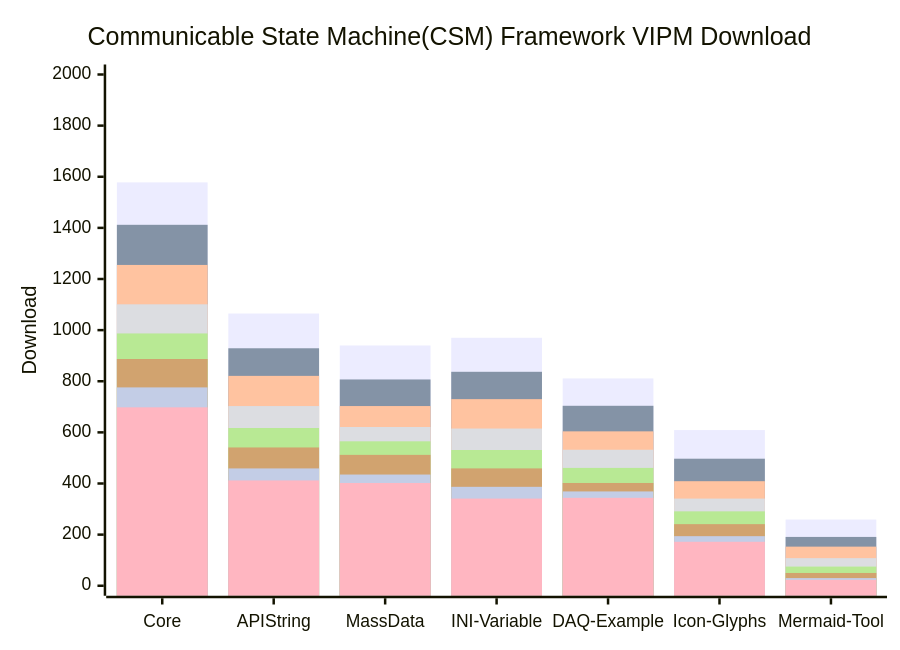
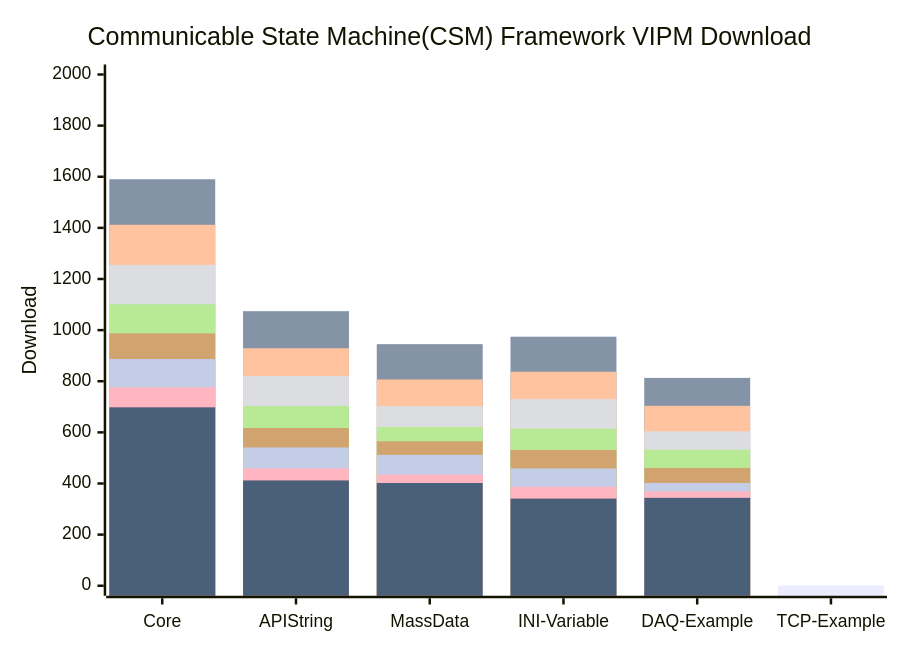
The diagram in profile/README.md (NEVSTOP-LAB/.github), drawn with Mermaid before and after one commit. The commit also changed other lines of this file, not shown here.

````diff
--- a/profile/README.md
+++ b/profile/README.md
@@ -32,14 +32,15 @@
 ```mermaid
     xychart-beta
     title "Communicable State Machine(CSM) Framework VIPM Download"
-    x-axis [Core, API String, MassData, INI-Variable, DAQ-Example, Icon-Glyphs, Mermaid-Tool]
+    x-axis [Core, API String, MassData, INI-Variable, DAQ-Example, TCP-Example]
     y-axis "Download" 0 --> 2000
-    bar   [1578, 1065, 940, 970, 811, 609, 259]
-    bar   [1412, 929, 807, 837, 704, 497, 191]
-    bar   [1255, 821, 703, 730, 604, 409, 153]
-    bar   [1101, 703, 621, 615, 532, 341, 108]
-    bar   [987, 617, 565, 531, 461, 291, 75]
-    bar   [887, 541, 512, 459, 402, 241, 50]
-    bar   [776, 459, 435, 387, 369, 194, 30]
-    bar   [698, 412, 402, 341, 344, 172, 23]
+    bar   [1591, 1075, 946, 975, 814,1]
+    bar   [1590, 1074, 945, 974, 813]
+    bar   [1412, 929, 807, 837, 704]
+    bar   [1255, 821, 703, 730, 604]
+    bar   [1101, 703, 621, 615, 532]
+    bar   [987, 617, 565, 531, 461]
+    bar   [887, 541, 512, 459, 402]
+    bar   [776, 459, 435, 387, 369]
+    bar   [698, 412, 402, 341, 344]
 ```
````
